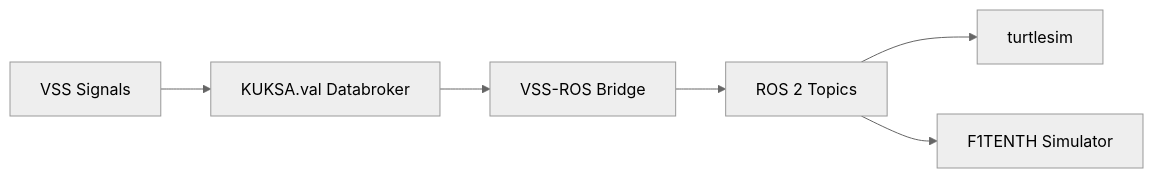
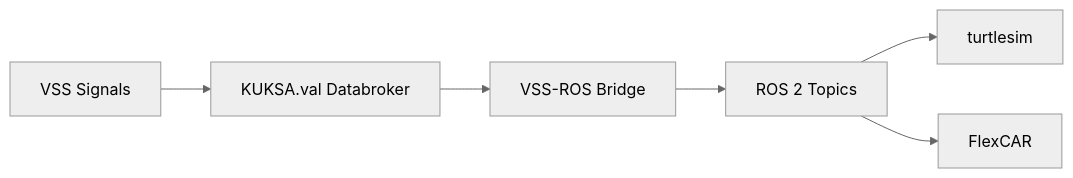
One commit to LikhithST/VSS-ROS-Bridge changed the diagram in README.md. Above: the diagram before and after it, drawn with Mermaid (neutral theme). The commit also changed other lines of this file and 1 other file, not shown here.

````diff
--- a/README.md
+++ b/README.md
@@ -11,8 +11,8 @@
 ```mermaid
 flowchart LR
     A[VSS Signals] --> B[KUKSA.val Databroker]
     B --> C[VSS-ROS Bridge]
     C --> D[ROS 2 Topics]
     D --> E[turtlesim]
-    D --> F[F1TENTH Simulator]
+    D --> F[FlexCAR]
 ```
````
